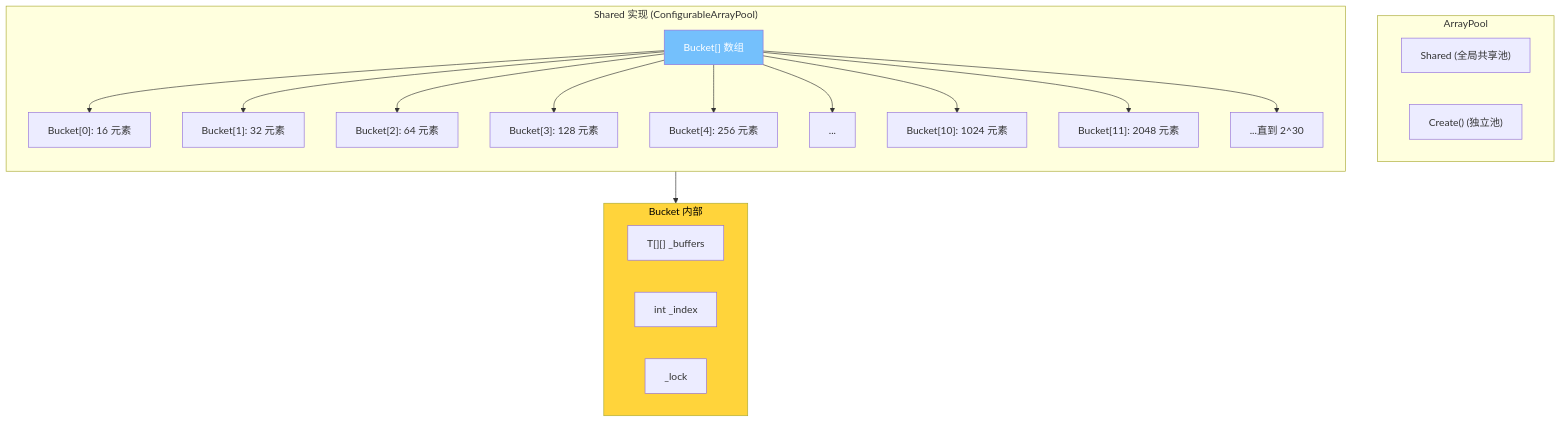
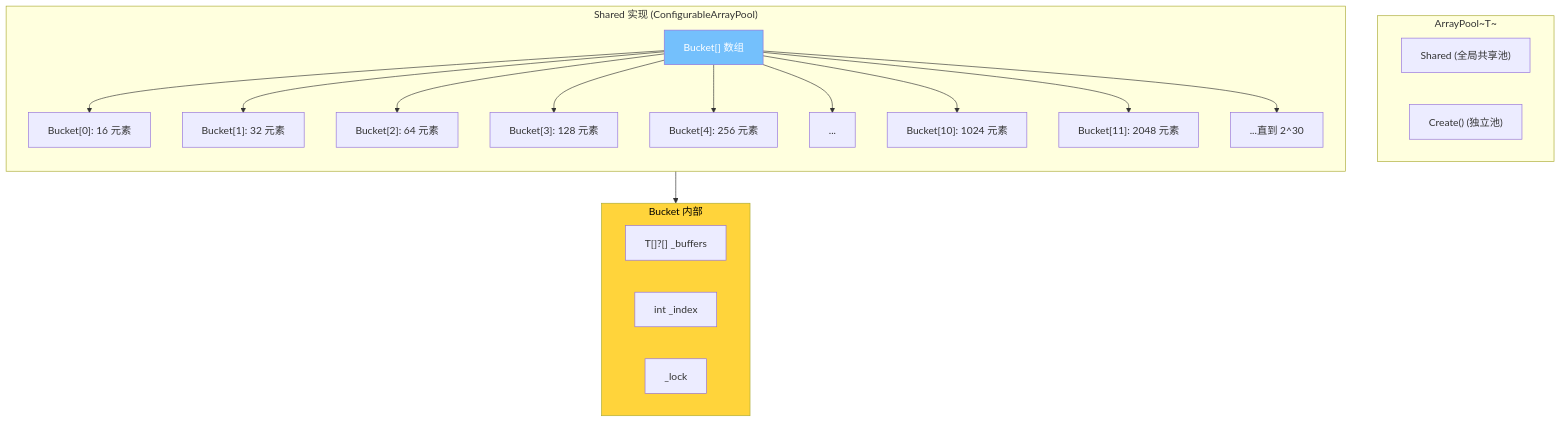
One commit to moklgydocs/moklgydocs.github.io changed the second of 6 diagrams in src/后端开发/CSharp/CLR深度/10_实战篇/02_对象池与内存池.md. Above: the diagram before and after it, drawn with Mermaid. The commit also changed other lines of this file and 32 other files, not shown here.

````diff
--- a/src/后端开发/CSharp/CLR深度/10_实战篇/02_对象池与内存池.md
+++ b/src/后端开发/CSharp/CLR深度/10_实战篇/02_对象池与内存池.md
@@ -142,42 +142,42 @@
 ```mermaid
 graph TD
-    subgraph ArrayPoolT["ArrayPool<T>"]
+    subgraph ArrayPoolT["ArrayPool~T~"]
         Shared["Shared (全局共享池)"]
         Create["Create() (独立池)"]
     end
 
     subgraph SharedImpl["Shared 实现 (ConfigurableArrayPool)"]
         direction TB
         Buckets["Bucket[] 数组"]
         B16["Bucket[0]: 16 元素"]
         B32["Bucket[1]: 32 元素"]
         B64["Bucket[2]: 64 元素"]
         B128["Bucket[3]: 128 元素"]
         B256["Bucket[4]: 256 元素"]
         BDot["..."]
         B1024["Bucket[10]: 1024 元素"]
         B2048["Bucket[11]: 2048 元素"]
         BMore["...直到 2^30"]
 
         Buckets --> B16
         Buckets --> B32
         Buckets --> B64
         Buckets --> B128
         Buckets --> B256
         Buckets --> BDot
         Buckets --> B1024
         Buckets --> B2048
         Buckets --> BMore
     end
 
     subgraph BucketDetail["Bucket 内部"]
-        Buffers["T[][] _buffers"]
+        Buffers["T[]?[] _buffers"]
         Index["int _index"]
         Lock["_lock"]
     end
 
     SharedImpl --> BucketDetail
 
     style Buckets fill:#74c0fc,color:#fff
     style BucketDetail fill:#ffd43b,color:#000
 ```
````
